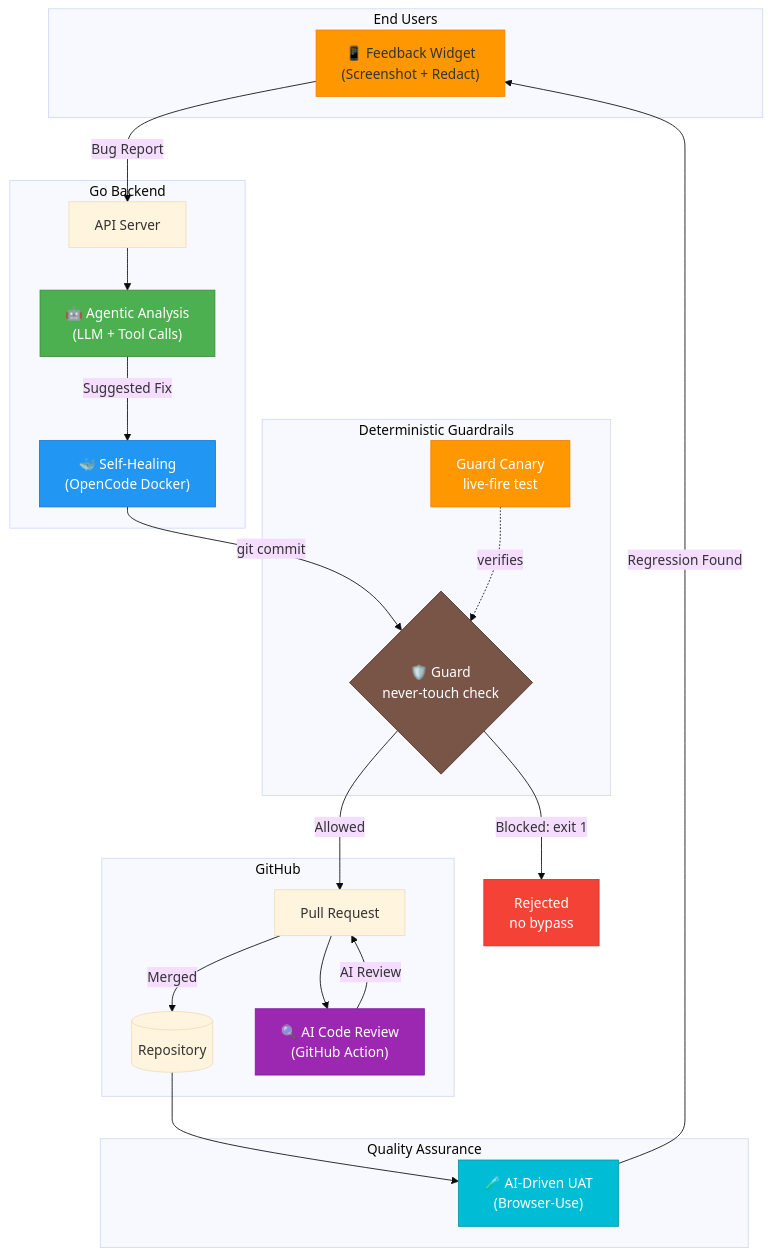
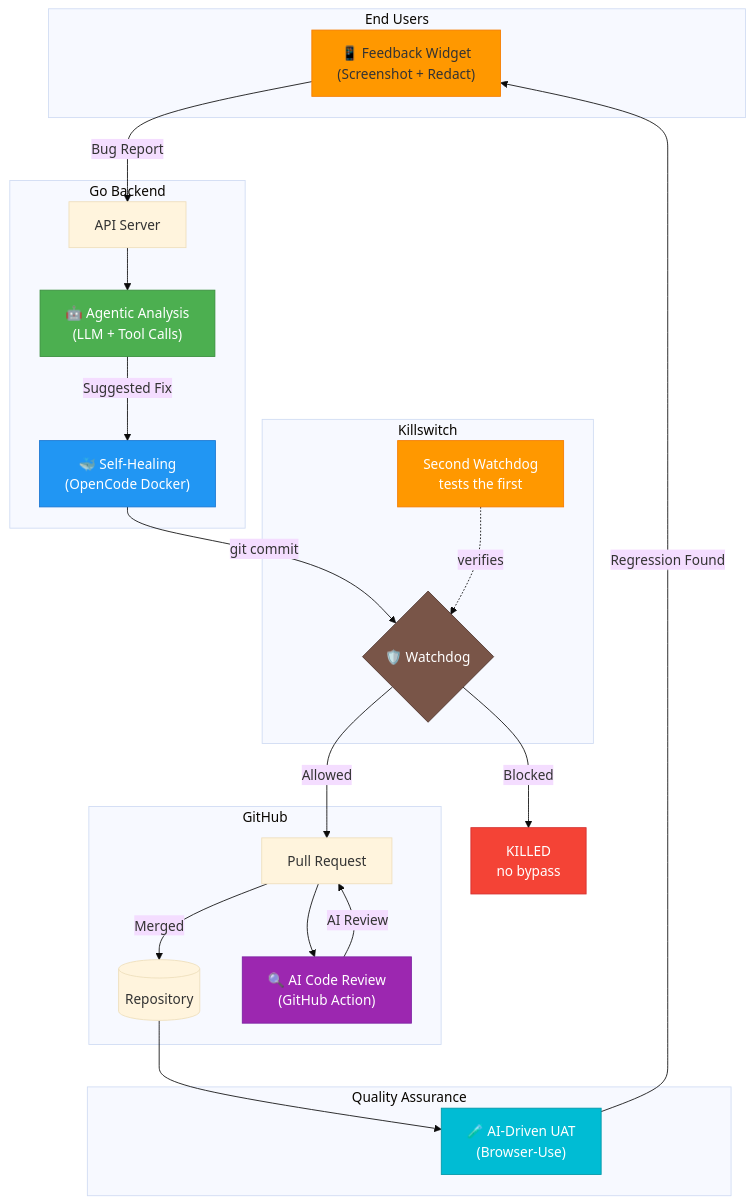
One commit to bluefermion/feedback changed the seventh of 7 diagrams in README.md. Above: the diagram before and after it, drawn with Mermaid (base theme). The commit also changed other lines of this file and 2 other files, not shown here.

First line of the commit message:
docs: simplify Innovation #6 to killswitch/watchdog framing

````diff
--- a/README.md
+++ b/README.md
@@ -248,49 +236,49 @@
 ```mermaid
 flowchart TB
     subgraph Users["End Users"]
         Widget["📱 Feedback Widget<br/>(Screenshot + Redact)"]
     end
 
     subgraph Backend["Go Backend"]
         API["API Server"]
         Analyze["🤖 Agentic Analysis<br/>(LLM + Tool Calls)"]
         Heal["🐳 Self-Healing<br/>(OpenCode Docker)"]
     end
 
-    subgraph Governance["Deterministic Guardrails"]
-        Guard{"🛡️ Guard<br/>never-touch check"}
-        Canary["Guard Canary<br/>live-fire test"]
+    subgraph Governance["Killswitch"]
+        Guard{"🛡️ Watchdog"}
+        Canary["Second Watchdog<br/>tests the first"]
     end
 
     subgraph GitHub["GitHub"]
         Repo[(Repository)]
         Action["🔍 AI Code Review<br/>(GitHub Action)"]
         PR[Pull Request]
     end
 
     subgraph QA["Quality Assurance"]
         UAT["🧪 AI-Driven UAT<br/>(Browser-Use)"]
     end
 
     Widget -->|"Bug Report"| API
     API --> Analyze
     Analyze -->|"Suggested Fix"| Heal
     Heal -->|"git commit"| Guard
     Guard -->|"Allowed"| PR
-    Guard -->|"Blocked: exit 1"| Rejected["Rejected<br/>no bypass"]
+    Guard -->|"Blocked"| Rejected["KILLED<br/>no bypass"]
     Canary -.->|"verifies"| Guard
     PR --> Action
     Action -->|"AI Review"| PR
     PR -->|"Merged"| Repo
     Repo --> UAT
     UAT -->|"Regression Found"| Widget
 
     style Widget fill:#FF9800,stroke:#F57C00
     style Analyze fill:#4CAF50,stroke:#388E3C,color:#fff
     style Heal fill:#2196F3,stroke:#1976D2,color:#fff
     style Action fill:#9C27B0,stroke:#7B1FA2,color:#fff
     style UAT fill:#00BCD4,stroke:#0097A7,color:#fff
     style Guard fill:#795548,stroke:#4E342E,color:#fff
     style Canary fill:#FF9800,stroke:#F57C00,color:#fff
     style Rejected fill:#f44336,stroke:#d32f2f,color:#fff
 ```
````
